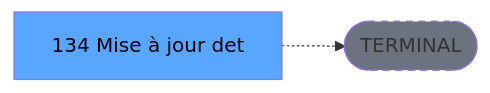
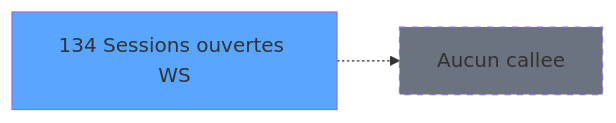
Before and after one commit to thonyAGP/magic-migration: the third of 3 diagrams in .openspec/specs/ADH-IDE-134.md, drawn with Mermaid. The commit also changed other lines of this file and 311 other files, not shown here.

````diff
--- a/.openspec/specs/ADH-IDE-134.md
+++ b/.openspec/specs/ADH-IDE-134.md
@@ -147,8 +163,8 @@
 ```mermaid
 graph LR
-    T[134 Mise à jour det]
-    TERM([TERMINAL])
-    T -.-> TERM
-    style TERM fill:#6b7280,stroke-dasharray: 5 5
-    style T fill:#58a6ff,color:#000
+    T134[134 Sessions ouvertes WS]
+    style T134 fill:#58a6ff
+    NONE[Aucun callee]
+    T134 -.-> NONE
+    style NONE fill:#6b7280,stroke-dasharray: 5 5
 ```
````
